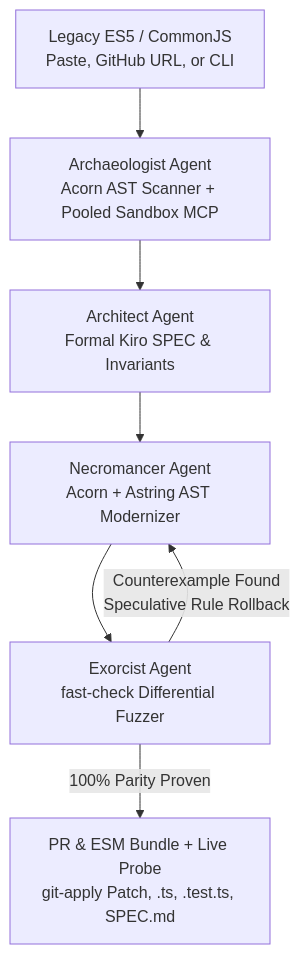
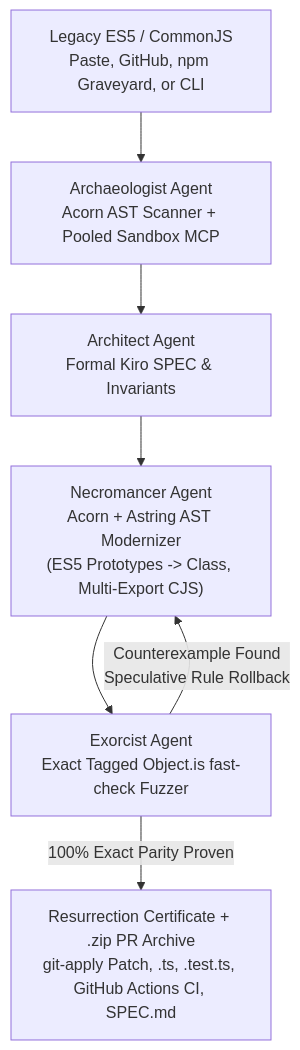
One commit to anjarkar25-max/lazarus changed the diagram in README.md. Above: the diagram before and after it, drawn with Mermaid. The commit also changed other lines of this file, not shown here.

Commit message:
docs(readme): update to V5 with 479 tests, 12 Kiro specs, npm graveyard, zip PR archive, and Red-Team panel

````diff
--- a/README.md
+++ b/README.md
@@ -11,9 +11,9 @@
 ```mermaid
 flowchart TD
-    A["Legacy ES5 / CommonJS<br/>Paste, GitHub URL, or CLI"] --> B["Archaeologist Agent<br/>Acorn AST Scanner + Pooled Sandbox MCP"]
+    A["Legacy ES5 / CommonJS<br/>Paste, GitHub, npm Graveyard, or CLI"] --> B["Archaeologist Agent<br/>Acorn AST Scanner + Pooled Sandbox MCP"]
     B --> C["Architect Agent<br/>Formal Kiro SPEC & Invariants"]
-    C --> D["Necromancer Agent<br/>Acorn + Astring AST Modernizer"]
-    D --> E["Exorcist Agent<br/>fast-check Differential Fuzzer"]
+    C --> D["Necromancer Agent<br/>Acorn + Astring AST Modernizer<br/>(ES5 Prototypes -> Class, Multi-Export CJS)"]
+    D --> E["Exorcist Agent<br/>Exact Tagged Object.is fast-check Fuzzer"]
     E -- "Counterexample Found<br/>Speculative Rule Rollback" --> D
-    E -- "100% Parity Proven" --> F["PR & ESM Bundle + Live Probe<br/>git-apply Patch, .ts, .test.ts, SPEC.md"]
+    E -- "100% Exact Parity Proven" --> F["Resurrection Certificate + .zip PR Archive<br/>git-apply Patch, .ts, .test.ts, GitHub Actions CI, SPEC.md"]
 ```
````
